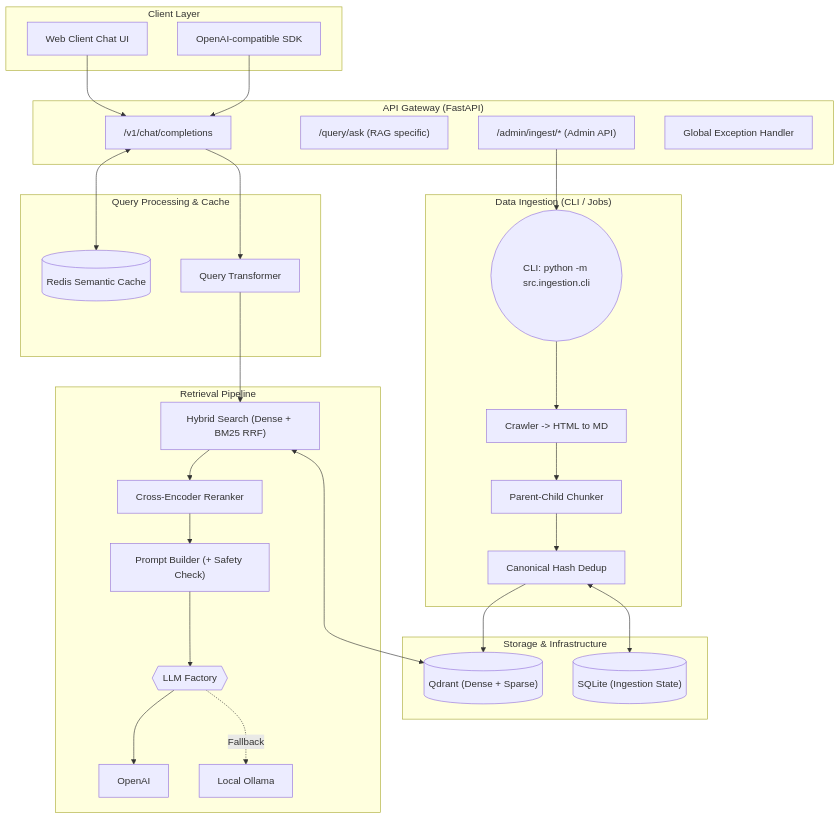
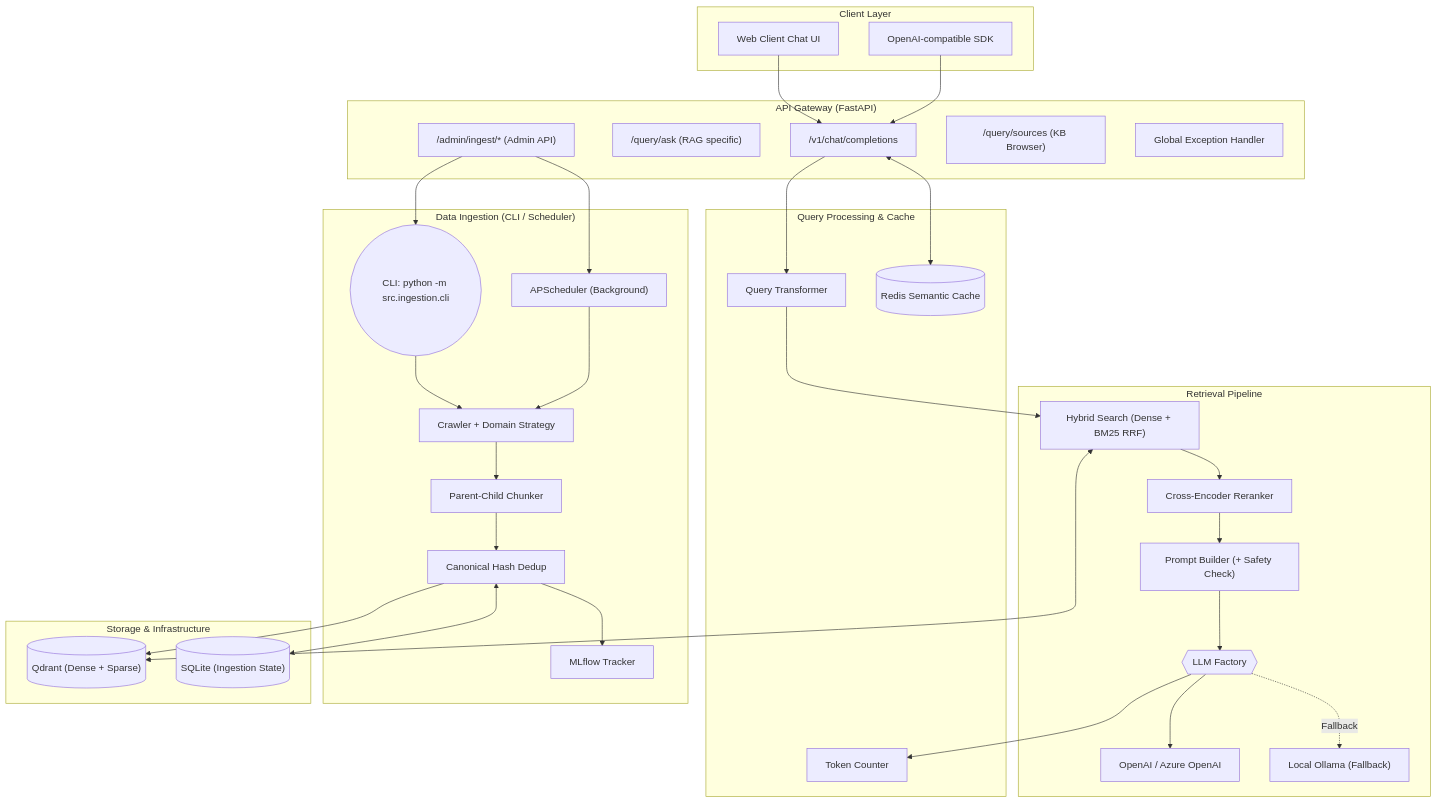
The diagram in README.md (ToooAir/german-visa-rag), drawn with Mermaid before and after one commit. The commit also changed other lines of this file and 3 other files, not shown here.

Commit message:
feat: add Azure OpenAI support, MLflow observability, token counting, and background ingestion scheduling to RAG system

````diff
--- a/README.md
+++ b/README.md
@@ -35,53 +42,61 @@
 ```mermaid
 graph TB
     subgraph "Client Layer"
         A1["Web Client Chat UI"]
         A2["OpenAI-compatible SDK"]
     end
 
     subgraph "API Gateway (FastAPI)"
         B1["/v1/chat/completions"]
         B2["/query/ask (RAG specific)"]
         B3["/admin/ingest/* (Admin API)"]
+        B4["/query/sources (KB Browser)"]
         EH["Global Exception Handler"]
     end
 
     subgraph "Query Processing & Cache"
         C1["Query Transformer"]
         E2[("Redis Semantic Cache")]
+        TC["Token Counter"]
     end
 
     subgraph "Retrieval Pipeline"
         D1["Hybrid Search (Dense + BM25 RRF)"]
         D2["Cross-Encoder Reranker"]
         D3["Prompt Builder (+ Safety Check)"]
         F1{{"LLM Factory"}}
-        LLM_A["OpenAI"]
-        LLM_B["Local Ollama"]
+        LLM_A["OpenAI / Azure OpenAI"]
+        LLM_B["Local Ollama (Fallback)"]
     end
 
-    subgraph "Data Ingestion (CLI / Jobs)"
+    subgraph "Data Ingestion (CLI / Scheduler)"
         G0(("CLI: python -m src.ingestion.cli"))
-        G1["Crawler -> HTML to MD"]
+        SCHED["APScheduler (Background)"]
+        G1["Crawler + Domain Strategy"]
         G2["Parent-Child Chunker"]
         G3["Canonical Hash Dedup"]
+        MLF["MLflow Tracker"]
     end
 
     subgraph "Storage & Infrastructure"
         E1[("Qdrant (Dense + Sparse)")]
         E3[("SQLite (Ingestion State)")]
     end
 
     A1 --> B1
     A2 --> B1
     B1 <--> E2
     B1 --> C1 --> D1 --> D2 --> D3
     D3 --> F1
     F1 --> LLM_A
     F1 -. Fallback .-> LLM_B
+    F1 --> TC
     D1 <--> E1
     B3 --> G0
+    B3 --> SCHED
 
     G0 --> G1 --> G2 --> G3 --> E1
+    SCHED --> G1
     G3 <--> E3
+    G3 --> MLF
 ```
````
